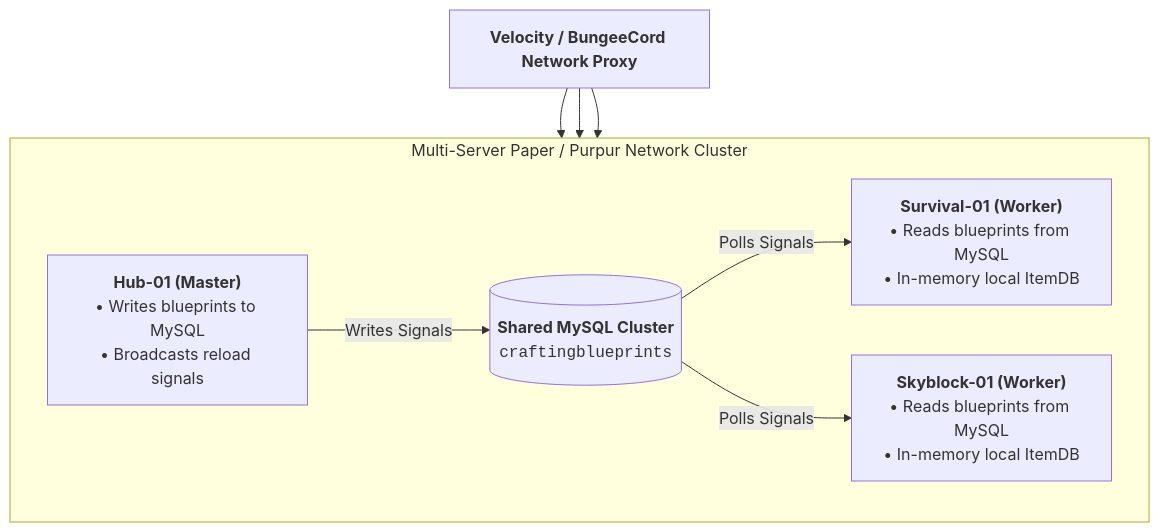
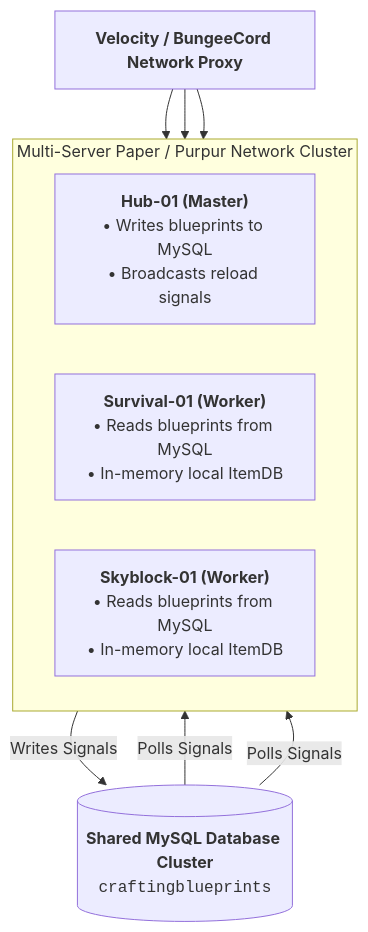
The diagram in docs/operations/tutorials/network-cluster.md (XZtotal/CraftingBlueprints-Wiki), drawn with Mermaid before and after one commit. The commit also changed 31 other files, not shown here.

Commit message:
style(docs): optimize diagram proportions, center all diagrams, and fix table padding

````diff
--- a/docs/operations/tutorials/network-cluster.md
+++ b/docs/operations/tutorials/network-cluster.md
@@ -9,20 +9,18 @@
 ```mermaid
 flowchart TD
     Proxy["<b>Velocity / BungeeCord Network Proxy</b>"]
 
     subgraph Cluster["Multi-Server Paper / Purpur Network Cluster"]
         direction LR
         Hub["<b>Hub-01 (Master)</b><br/>• Writes blueprints to MySQL<br/>• Broadcasts reload signals"]
-        DB[("<b>Shared MySQL Cluster</b><br/><code>craftingblueprints</code>")]
         Surv["<b>Survival-01 (Worker)</b><br/>• Reads blueprints from MySQL<br/>• In-memory local ItemDB"]
         Sky["<b>Skyblock-01 (Worker)</b><br/>• Reads blueprints from MySQL<br/>• In-memory local ItemDB"]
-
-        Hub -->|Writes Signals| DB
-        DB -->|Polls Signals| Surv
-        DB -->|Polls Signals| Sky
     end
 
-    Proxy --> Hub
-    Proxy --> Surv
-    Proxy --> Sky
+    DB[("<b>Shared MySQL Database Cluster</b><br/><code>craftingblueprints</code>")]
+
+    Proxy --> Hub & Surv & Sky
+    Hub -->|Writes Signals| DB
+    DB -->|Polls Signals| Surv
+    DB -->|Polls Signals| Sky
 ```
````
